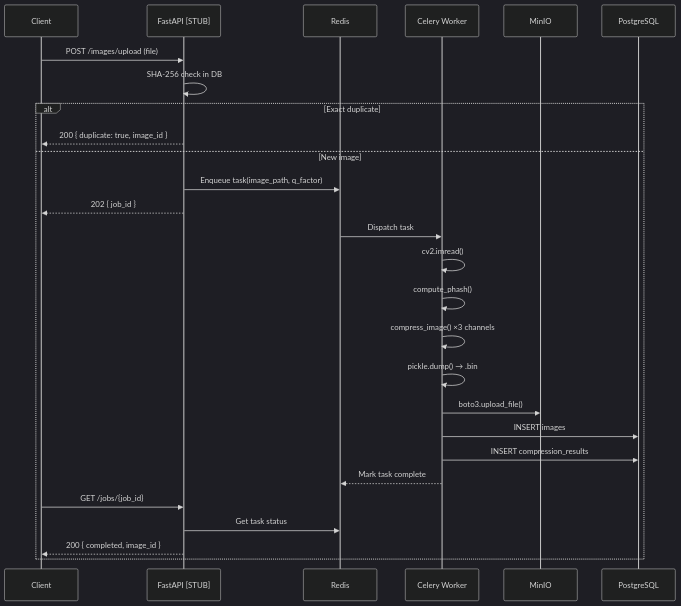
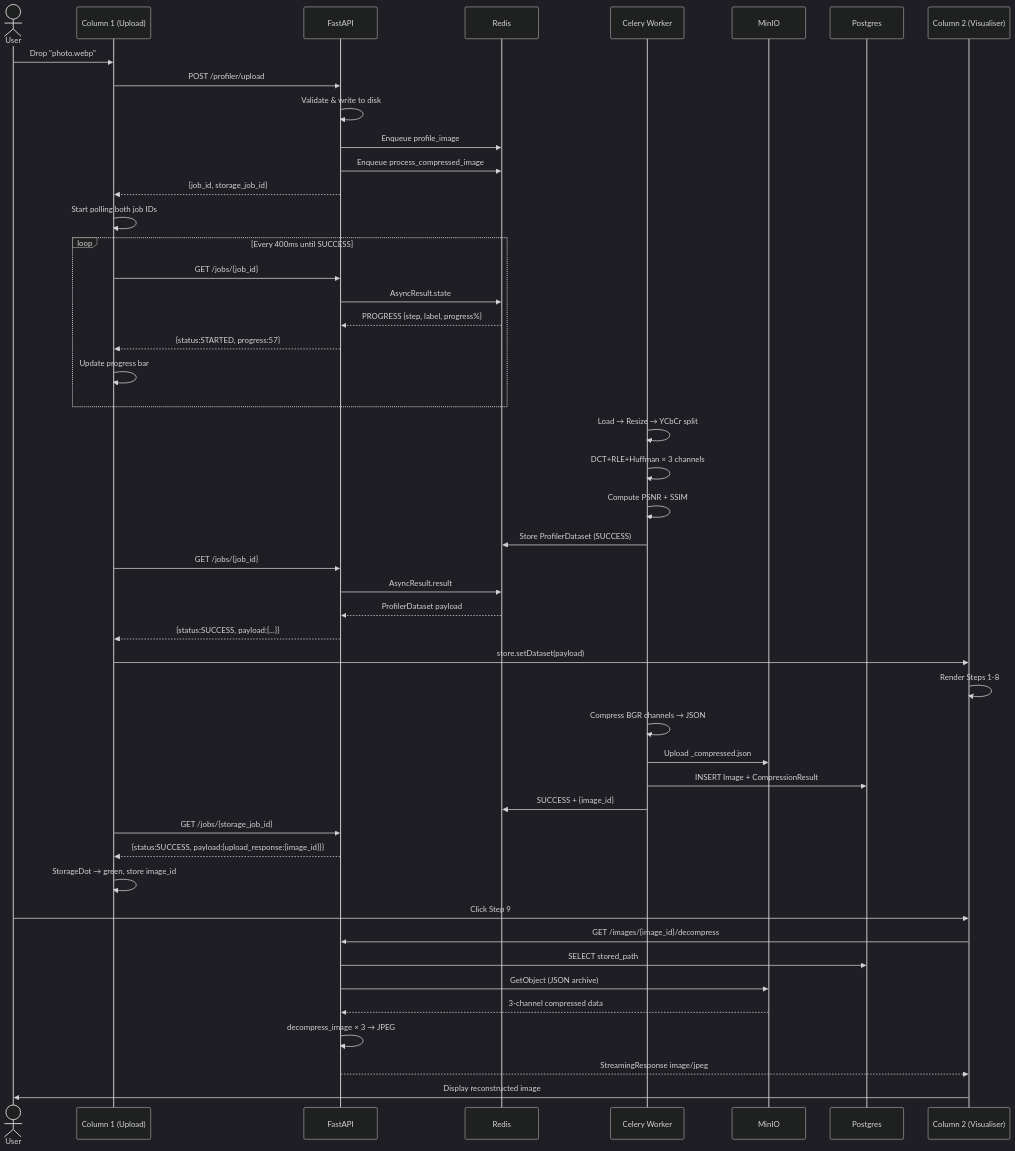
One commit to Vikas-ai56/AlgoStore_DAA changed the fifth of 5 diagrams in README.md. Above: the diagram before and after it, drawn with Mermaid (dark theme). The commit also changed other lines of this file and 3 other files, not shown here.

Commit message:
rewrite README to reflect new image compression profiler architecture and update backend to support multi-step task dispatching with Celery and MinIO storage

````diff
--- a/README.md
+++ b/README.md
@@ -1266,30 +1105,57 @@
 ```mermaid
 sequenceDiagram
-    participant C as Client
-    participant API as FastAPI [STUB]
-    participant R as Redis
-    participant W as Celery Worker
-    participant M as MinIO
-    participant PG as PostgreSQL
+    actor User
+    participant Col1 as Column 1 (Upload)
+    participant API as FastAPI
+    participant Redis
+    participant Worker as Celery Worker
+    participant MinIO
+    participant Postgres
+    participant Col2 as Column 2 (Visualiser)
 
-    C->>API: POST /images/upload (file)
-    API->>API: SHA-256 check in DB
-    alt Exact duplicate
-        API-->>C: 200 { duplicate: true, image_id }
-    else New image
-        API->>R: Enqueue task(image_path, q_factor)
-        API-->>C: 202 { job_id }
-        R->>W: Dispatch task
-        W->>W: cv2.imread()
-        W->>W: compute_phash()
-        W->>W: compress_image() ×3 channels
-        W->>W: pickle.dump() → .bin
-        W->>M: boto3.upload_file()
-        W->>PG: INSERT images
-        W->>PG: INSERT compression_results
-        W-->>R: Mark task complete
-        C->>API: GET /jobs/{job_id}
-        API->>R: Get task status
-        API-->>C: 200 { completed, image_id }
+    User->>Col1: Drop "photo.webp"
+    Col1->>API: POST /profiler/upload
+    API->>API: Validate & write to disk
+    API->>Redis: Enqueue profile_image
+    API->>Redis: Enqueue process_compressed_image
+    API-->>Col1: {job_id, storage_job_id}
+    Col1->>Col1: Start polling both job IDs
+
+    loop Every 400ms until SUCCESS
+        Col1->>API: GET /jobs/{job_id}
+        API->>Redis: AsyncResult.state
+        Redis-->>API: PROGRESS {step, label, progress%}
+        API-->>Col1: {status:STARTED, progress:57}
+        Col1->>Col1: Update progress bar
     end
+
+    Worker->>Worker: Load → Resize → YCbCr split
+    Worker->>Worker: DCT+RLE+Huffman × 3 channels
+    Worker->>Worker: Compute PSNR + SSIM
+    Worker->>Redis: Store ProfilerDataset (SUCCESS)
+
+    Col1->>API: GET /jobs/{job_id}
+    API->>Redis: AsyncResult.result
+    Redis-->>API: ProfilerDataset payload
+    API-->>Col1: {status:SUCCESS, payload:{...}}
+    Col1->>Col2: store.setDataset(payload)
+    Col2->>Col2: Render Steps 1-8
+
+    Worker->>Worker: Compress BGR channels → JSON
+    Worker->>MinIO: Upload _compressed.json
+    Worker->>Postgres: INSERT Image + CompressionResult
+    Worker->>Redis: SUCCESS + {image_id}
+
+    Col1->>API: GET /jobs/{storage_job_id}
+    API-->>Col1: {status:SUCCESS, payload:{upload_response:{image_id}}}
+    Col1->>Col1: StorageDot → green, store image_id
+
+    User->>Col2: Click Step 9
+    Col2->>API: GET /images/{image_id}/decompress
+    API->>Postgres: SELECT stored_path
+    API->>MinIO: GetObject (JSON archive)
+    MinIO-->>API: 3-channel compressed data
+    API->>API: decompress_image × 3 → JPEG
+    API-->>Col2: StreamingResponse image/jpeg
+    Col2->>User: Display reconstructed image
 ```
````
